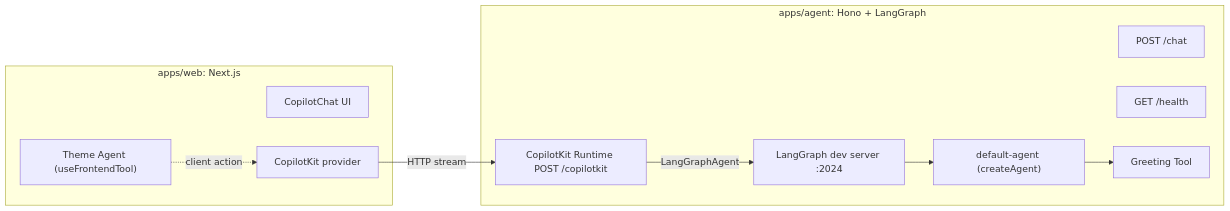
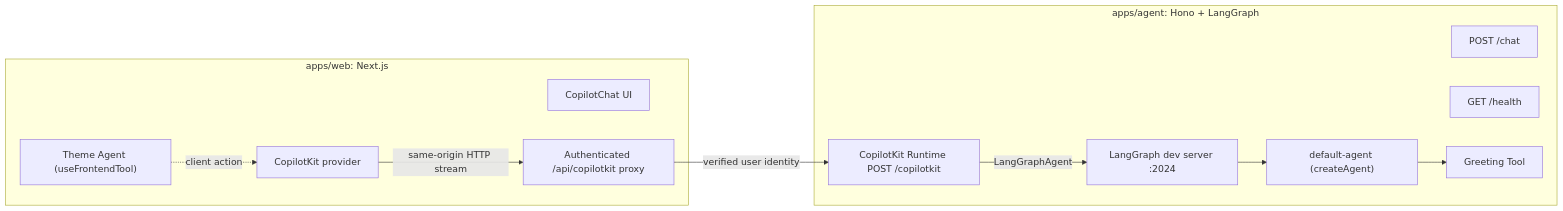
The diagram in langchain-copilot-boilerplate/README.md (phuocv76/langchain-js), drawn with Mermaid before and after one commit. The commit also changed other lines of this file and 64 other files, not shown here.

````diff
--- a/langchain-copilot-boilerplate/README.md
+++ b/langchain-copilot-boilerplate/README.md
@@ -13,20 +13,22 @@
 ```mermaid
 flowchart LR
   subgraph web [apps/web: Next.js]
     UI["CopilotChat UI"]
     ThemeAgent["Theme Agent (useFrontendTool)"]
     Provider["CopilotKit provider"]
+    Proxy["Authenticated /api/copilotkit proxy"]
   end
   subgraph agent [apps/agent: Hono + LangGraph]
     Runtime["CopilotKit Runtime POST /copilotkit"]
     Chat["POST /chat"]
     Health["GET /health"]
     LG["LangGraph dev server :2024"]
     Graph["default-agent (createAgent)"]
     Tools["Greeting Tool"]
   end
-  Provider -->|HTTP stream| Runtime
+  Provider -->|same-origin HTTP stream| Proxy
+  Proxy -->|verified user identity| Runtime
   Runtime -->|LangGraphAgent| LG
   LG --> Graph --> Tools
   ThemeAgent -.client action.-> Provider
 ```
````
